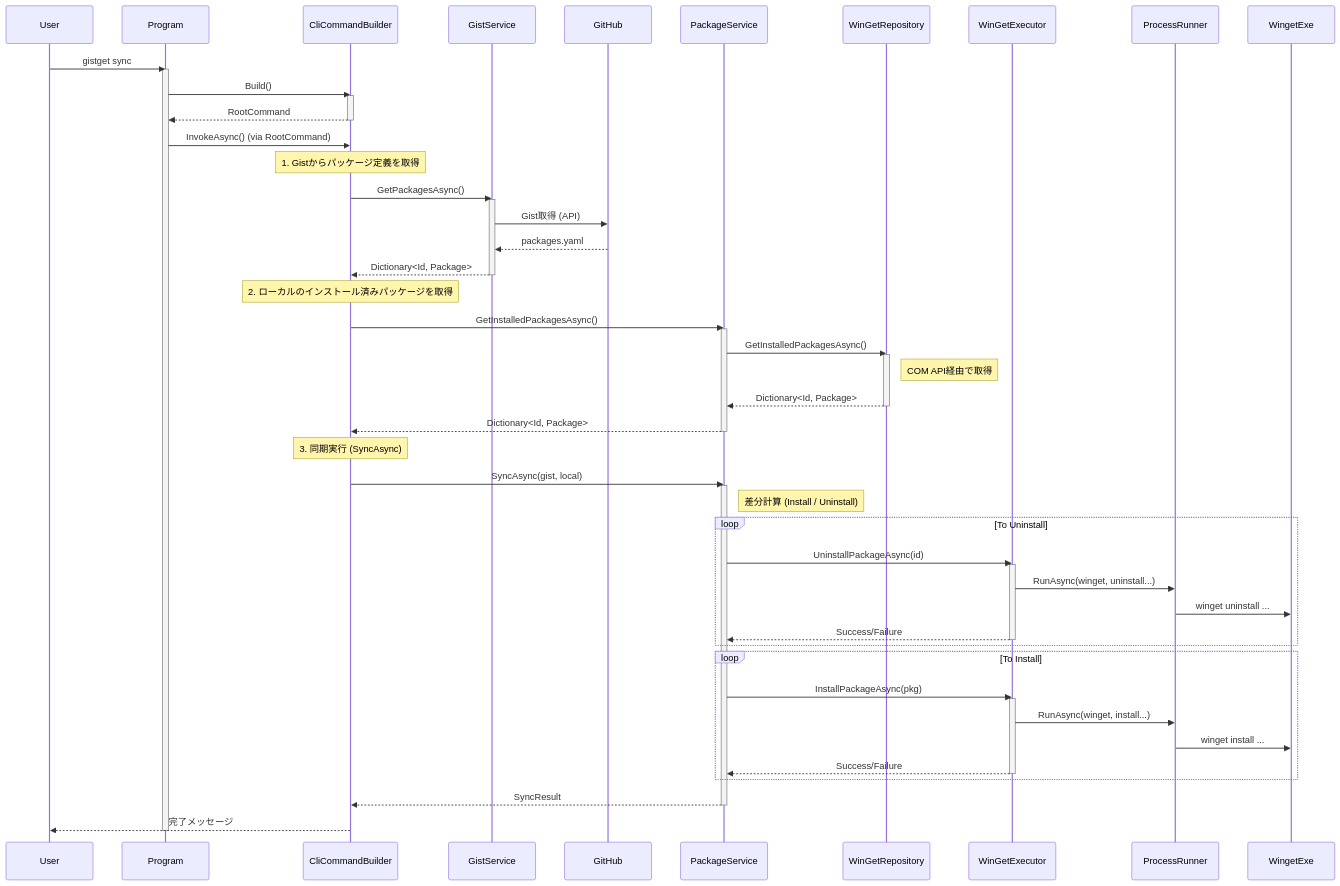
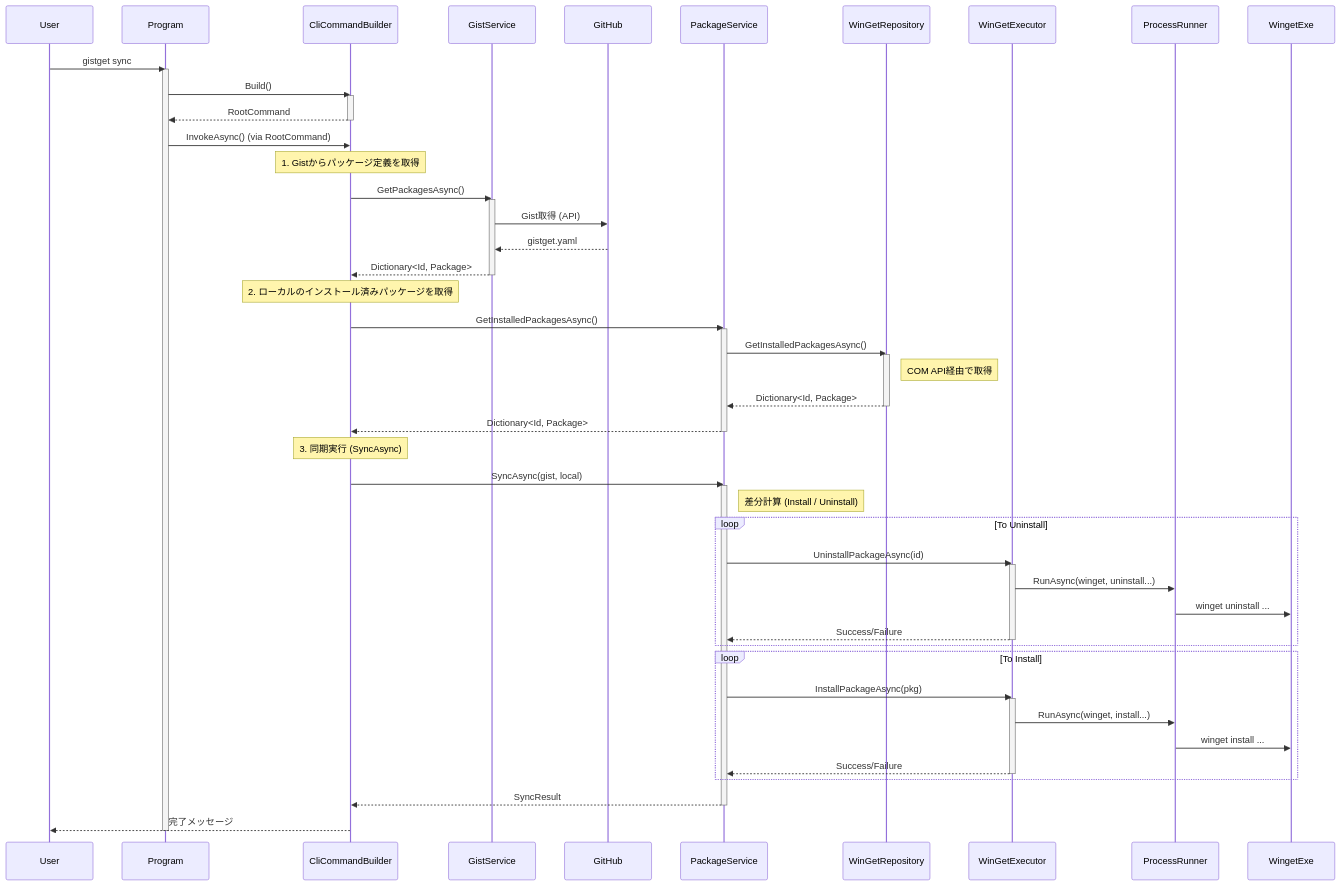
The second of 3 diagrams in docs/DESIGN.ja.md (nuitsjp/GistGet), drawn with Mermaid before and after one commit. The commit also changed other lines of this file and 14 other files, not shown here.

First line of the commit message:
Update GistGet to use gistget.yaml and .NET 10

````diff
--- a/docs/DESIGN.ja.md
+++ b/docs/DESIGN.ja.md
@@ -115,70 +115,70 @@
 ```mermaid
 sequenceDiagram
     participant User
     participant Program
     participant CliCommandBuilder
     participant GistService
     participant GitHub
     participant PackageService
     participant WinGetRepository
     participant WinGetExecutor
     participant ProcessRunner
     participant WingetExe
 
     User->>Program: gistget sync
     activate Program
     Program->>CliCommandBuilder: Build()
     activate CliCommandBuilder
     CliCommandBuilder-->>Program: RootCommand
     deactivate CliCommandBuilder
     Program->>CliCommandBuilder: InvokeAsync() (via RootCommand)
     
     Note over CliCommandBuilder: 1. Gistからパッケージ定義を取得
     CliCommandBuilder->>GistService: GetPackagesAsync()
     activate GistService
     GistService->>GitHub: Gist取得 (API)
-    GitHub-->>GistService: packages.yaml
+    GitHub-->>GistService: gistget.yaml
     GistService-->>CliCommandBuilder: Dictionary<Id, Package>
     deactivate GistService
 
     Note over CliCommandBuilder: 2. ローカルのインストール済みパッケージを取得
     CliCommandBuilder->>PackageService: GetInstalledPackagesAsync()
     activate PackageService
     PackageService->>WinGetRepository: GetInstalledPackagesAsync()
     activate WinGetRepository
     Note right of WinGetRepository: COM API経由で取得
     WinGetRepository-->>PackageService: Dictionary<Id, Package>
     deactivate WinGetRepository
     PackageService-->>CliCommandBuilder: Dictionary<Id, Package>
     deactivate PackageService
 
     Note over CliCommandBuilder: 3. 同期実行 (SyncAsync)
     CliCommandBuilder->>PackageService: SyncAsync(gist, local)
     activate PackageService
     
     Note right of PackageService: 差分計算 (Install / Uninstall)
 
     loop To Uninstall
         PackageService->>WinGetExecutor: UninstallPackageAsync(id)
         activate WinGetExecutor
         WinGetExecutor->>ProcessRunner: RunAsync(winget, uninstall...)
         ProcessRunner->>WingetExe: winget uninstall ...
         WinGetExecutor-->>PackageService: Success/Failure
         deactivate WinGetExecutor
     end
 
     loop To Install
         PackageService->>WinGetExecutor: InstallPackageAsync(pkg)
         activate WinGetExecutor
         WinGetExecutor->>ProcessRunner: RunAsync(winget, install...)
         ProcessRunner->>WingetExe: winget install ...
         WinGetExecutor-->>PackageService: Success/Failure
         deactivate WinGetExecutor
     end
 
     PackageService-->>CliCommandBuilder: SyncResult
     deactivate PackageService
 
     CliCommandBuilder-->>User: 完了メッセージ
     deactivate Program
 ```
````
